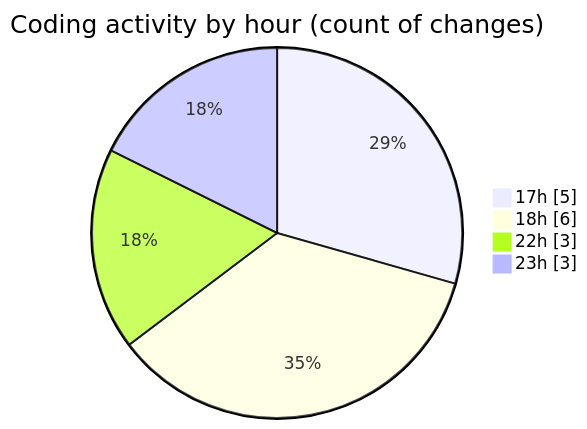
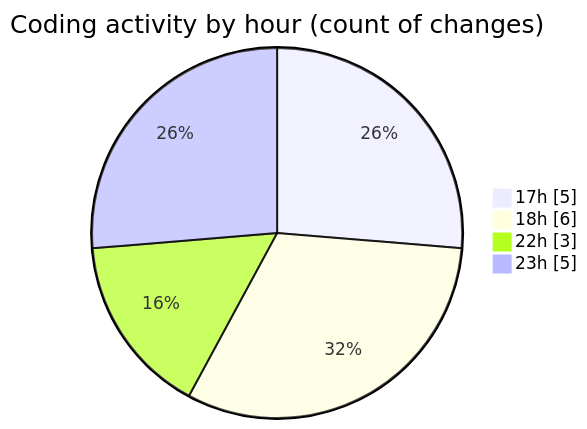
Before and after one commit to donsfak/code-tracking: the second of 2 diagrams in 2025-02-07/portofolio/README.md, drawn with Mermaid. The commit also changed other lines of this file and 1 other file, not shown here.

````diff
--- a/2025-02-07/portofolio/README.md
+++ b/2025-02-07/portofolio/README.md
@@ -30,8 +30,8 @@
 ```mermaid
 pie showData
 title Coding activity by hour (count of changes)
 "17h" : 5
 "18h" : 6
 "22h" : 3
-"23h" : 3
+"23h" : 5
 ```
````
